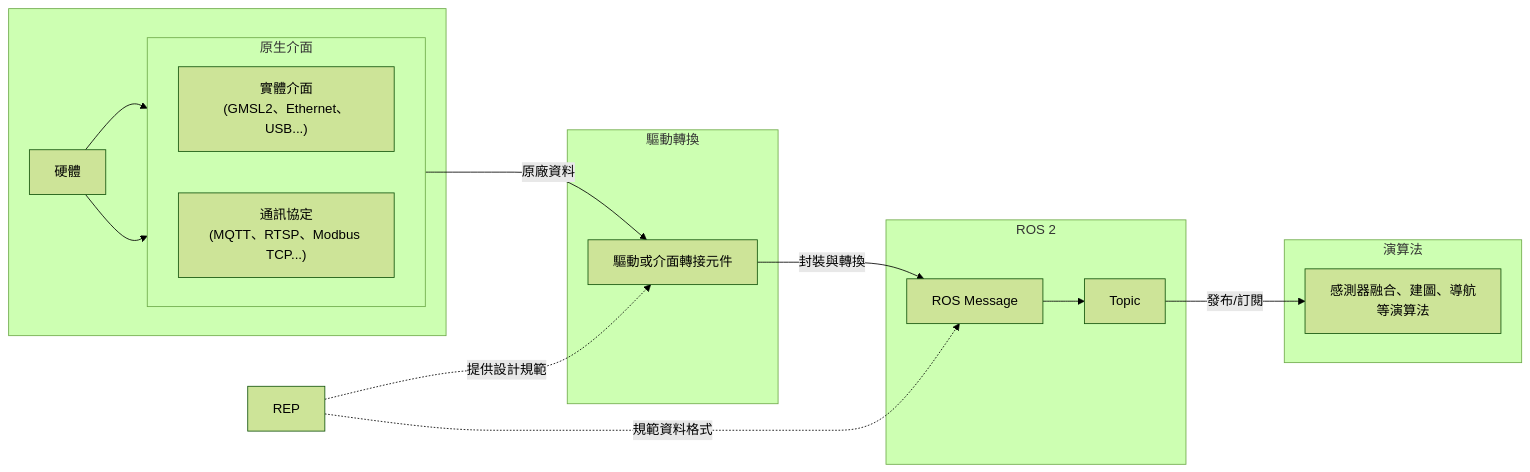
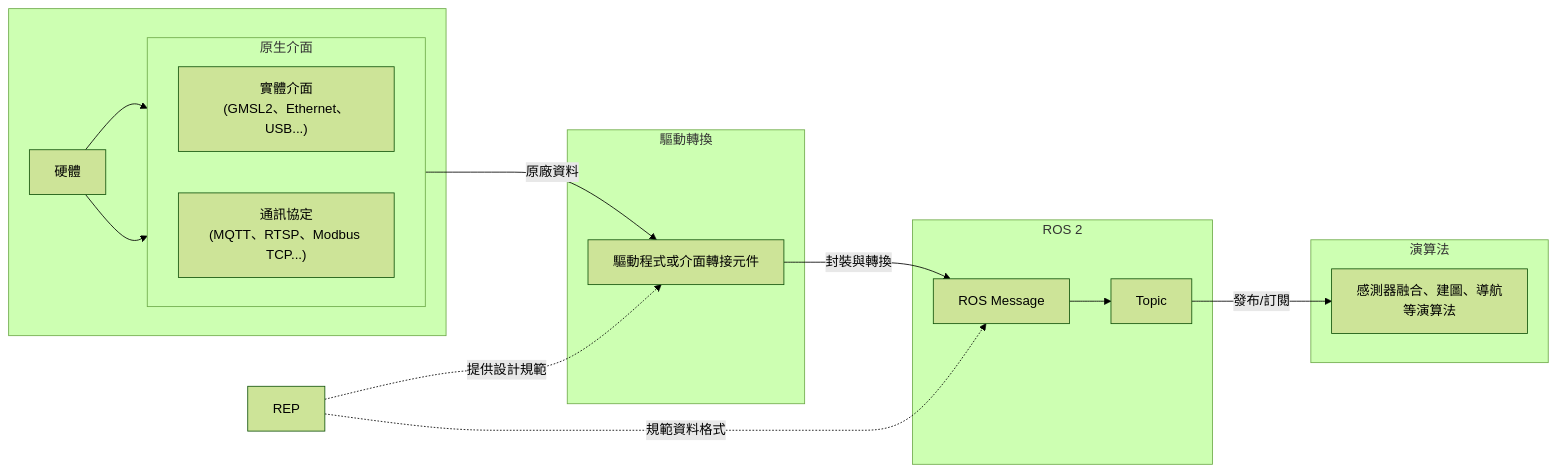
Before and after one commit to weilingwu772/guide-repo: the first of 2 diagrams in CH1-3_ROS_2_engineering_standards_for_sensor_fusion.md, drawn with Mermaid (forest theme). The commit also changed other lines of this file and 1 other file, not shown here.

````diff
--- a/CH1-3_ROS_2_engineering_standards_for_sensor_fusion.md
+++ b/CH1-3_ROS_2_engineering_standards_for_sensor_fusion.md
@@ -9,38 +9,38 @@
 ```mermaid
 flowchart LR
     subgraph HW[" "]
         S["硬體"]
 
         subgraph NI["原生介面"]
             direction LR
             HI["實體介面<br/>(GMSL2、Ethernet、USB...)"]
             CP["通訊協定<br/>(MQTT、RTSP、Modbus TCP...)"]
         end
 
         S --> HI
         S --> CP
     end
 
     subgraph CONV["驅動轉換"]
-        DA["驅動或介面轉接元件"]
+        DA["驅動程式或介面轉接元件"]
     end
 
     subgraph ROS["ROS 2"]
         MSG["ROS Message"]
         TOPIC["Topic"]
         MSG --> TOPIC
     end
 
     subgraph APP["演算法"]
         ALG["感測器融合、建圖、導航<br/>等演算法"]
     end
 
     NI -->|"原廠資料"| DA
     DA -->|"封裝與轉換"| MSG
     TOPIC -->|"發布/訂閱"| ALG
 
     REP["REP"]
 
     REP -.->|"提供設計規範"| DA
     REP -.->|"規範資料格式"| MSG
 ```
````
